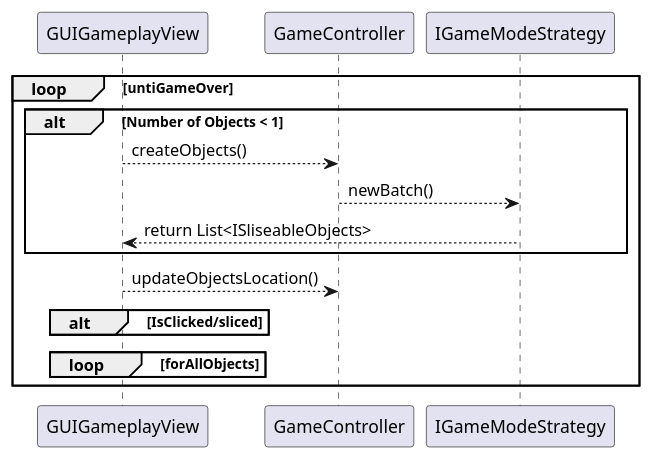
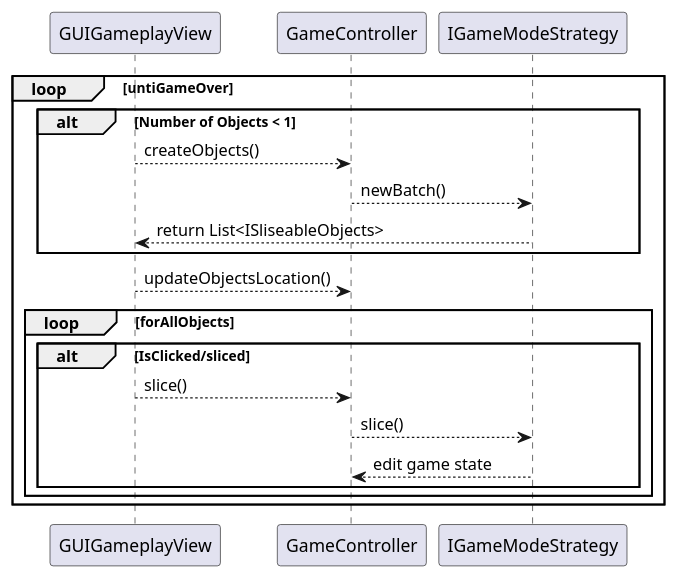
One commit to zixa5824/FruitNinja changed the diagram in Fruit-Ninja-Sequence.puml. Above: the diagram before and after it, drawn with PlantUML. The commit also changed 14 other files, not shown here.

```diff
--- a/Fruit-Ninja-Sequence.puml
+++ b/Fruit-Ninja-Sequence.puml
@@ -1,29 +1,31 @@
 @startuml
 
 loop untiGameOver
 
 alt Number of Objects < 1
     GUIGameplayView --> GameController: createObjects()
     GameController-->IGameModeStrategy: newBatch()
     IGameModeStrategy --> GUIGameplayView: return List<ISliseableObjects>
 end
 
 GUIGameplayView --> GameController: updateObjectsLocation()
 
+loop forAllObjects
 
 alt IsClicked/sliced
 
-    
-
+    GUIGameplayView --> GameController: slice()
+    GameController --> IGameModeStrategy: slice()
+    IGameModeStrategy --> GameController: edit game state
 end
 
-loop forAllObjects
+
 
 
 end
 
 
 
 
 end
 @enduml
```
